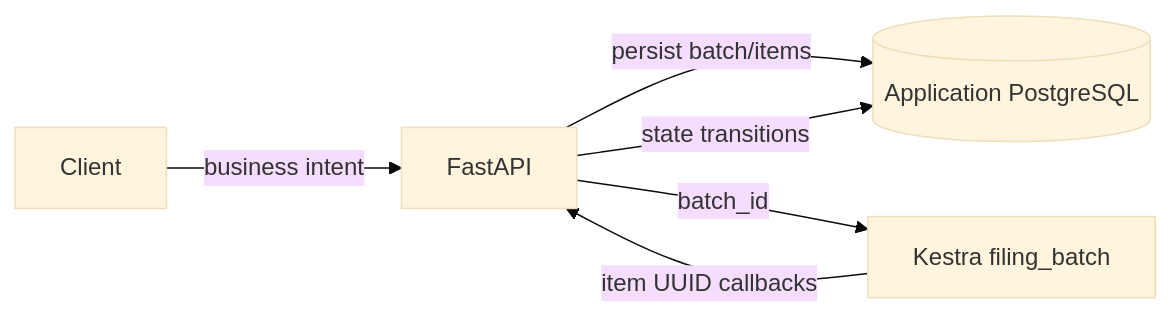
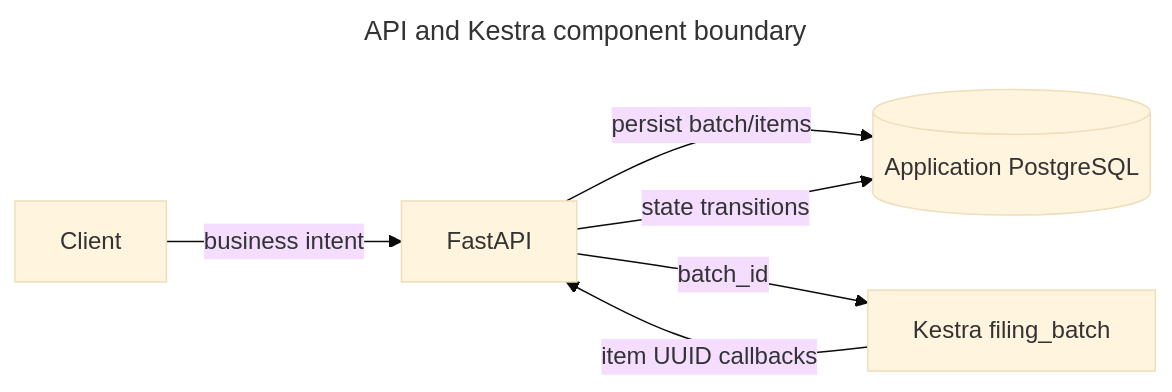
One commit to hongchit/sec-filing-rag-poc changed the first of 4 diagrams in docs/orchestration.md. Above: the diagram before and after it, drawn with Mermaid (base theme). The commit also changed other lines of this file and 43 other files, not shown here.

````diff
--- a/docs/orchestration.md
+++ b/docs/orchestration.md
@@ -9,8 +9,11 @@
 ```mermaid
+---
+title: API and Kestra component boundary
+---
 flowchart LR
   C[Client] -->|business intent| A[FastAPI]
   A -->|persist batch/items| DB[(Application PostgreSQL)]
   A -->|batch_id| K[Kestra filing_batch]
   K -->|item UUID callbacks| A
   A -->|state transitions| DB
 ```
````
